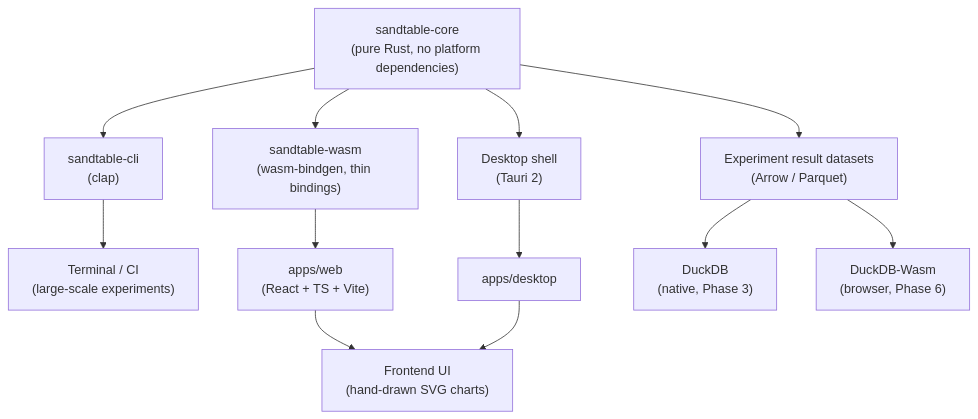
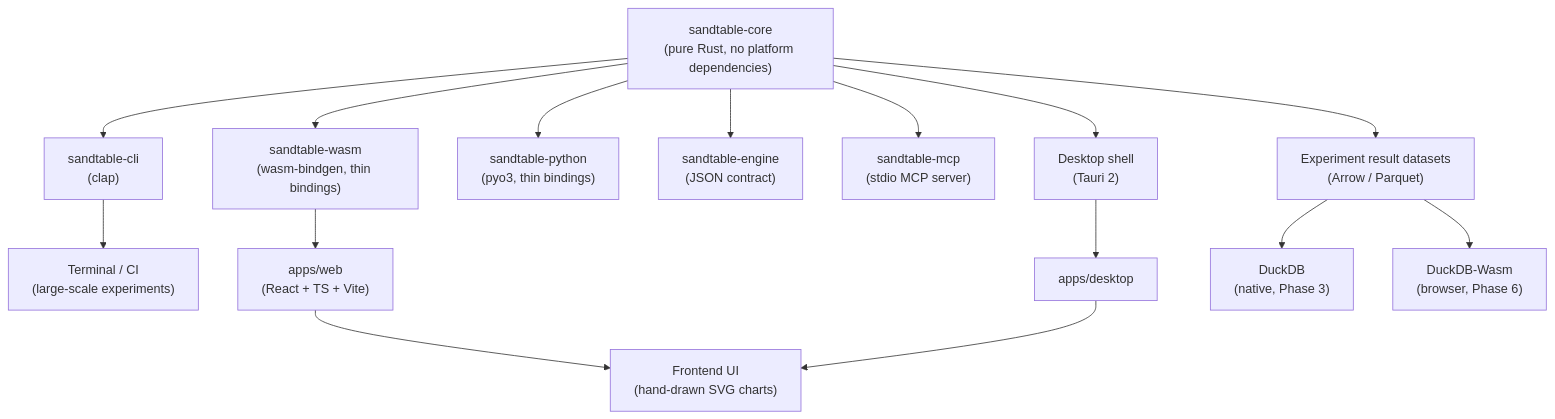
One commit to cuihairu/sandtable changed the diagram in docs/guide/08-tech-stack.md. Above: the diagram before and after it, drawn with Mermaid. The commit also changed other lines of this file and 6 other files, not shown here.

````diff
--- a/docs/guide/08-tech-stack.md
+++ b/docs/guide/08-tech-stack.md
@@ -20,15 +20,18 @@
 ```mermaid
 flowchart TD
     CORE["sandtable-core<br>(pure Rust, no platform dependencies)"]
     CORE --> CLI["sandtable-cli<br>(clap)"]
     CORE --> WASM["sandtable-wasm<br>(wasm-bindgen, thin bindings)"]
+    CORE --> PY["sandtable-python<br>(pyo3, thin bindings)"]
+    CORE --> ENG["sandtable-engine<br>(JSON contract)"]
+    CORE --> MCP["sandtable-mcp<br>(stdio MCP server)"]
     CLI --> T1["Terminal / CI<br>(large-scale experiments)"]
     WASM --> WEB["apps/web<br>(React + TS + Vite)"]
     CORE --> TAURI["Desktop shell<br>(Tauri 2)"]
     TAURI --> APP["apps/desktop"]
     WEB --> VIZ["Frontend UI<br>(hand-drawn SVG charts)"]
     APP --> VIZ
     CORE --> RES["Experiment result datasets<br>(Arrow / Parquet)"]
     RES --> DDB["DuckDB<br>(native, Phase 3)"]
     RES --> DDBW["DuckDB-Wasm<br>(browser, Phase 6)"]
 ```
````
